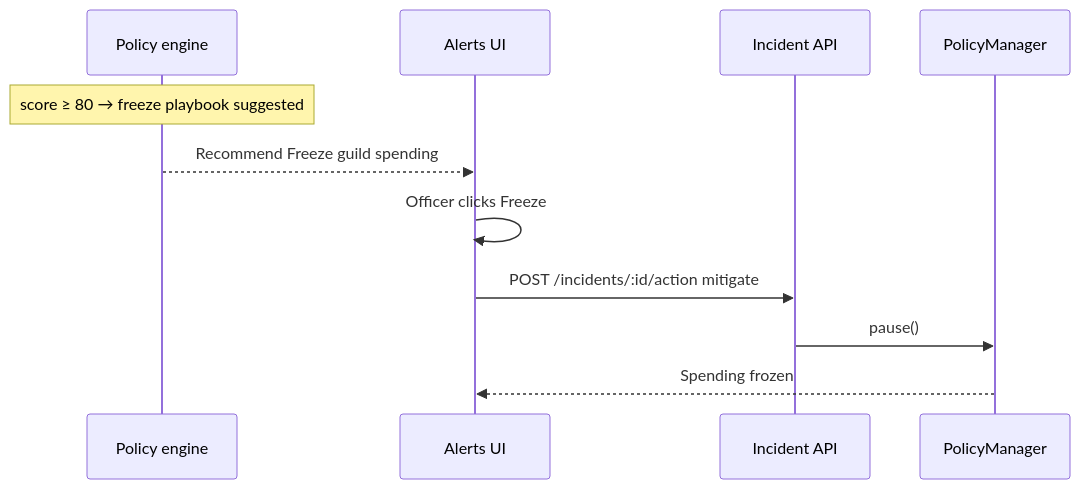
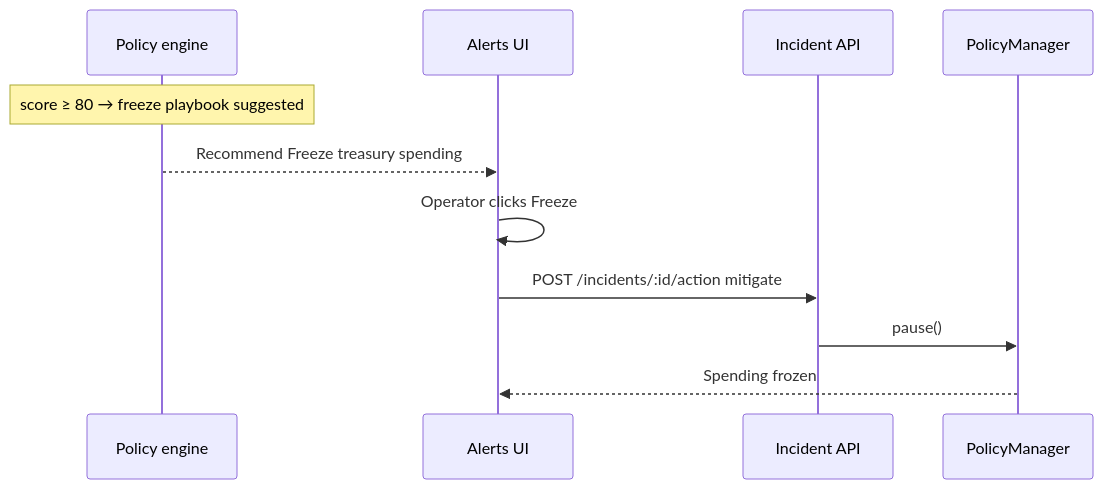
One commit to thesithunyein/arb-guardian changed the second of 3 diagrams in docs/agent-permissions-matrix.md. Above: the diagram before and after it, drawn with Mermaid. The commit also changed other lines of this file and 18 other files, not shown here.

````diff
--- a/docs/agent-permissions-matrix.md
+++ b/docs/agent-permissions-matrix.md
@@ -78,14 +78,14 @@
 ```mermaid
 sequenceDiagram
   participant PE as Policy engine
   participant UI as Alerts UI
   participant API as Incident API
   participant PM as PolicyManager
 
   Note over PE: score ≥ 80 → freeze playbook suggested
-  PE-->>UI: Recommend Freeze guild spending
-  UI->>UI: Officer clicks Freeze
+  PE-->>UI: Recommend Freeze treasury spending
+  UI->>UI: Operator clicks Freeze
   UI->>API: POST /incidents/:id/action mitigate
   API->>PM: pause()
   PM-->>UI: Spending frozen
 ```
````
